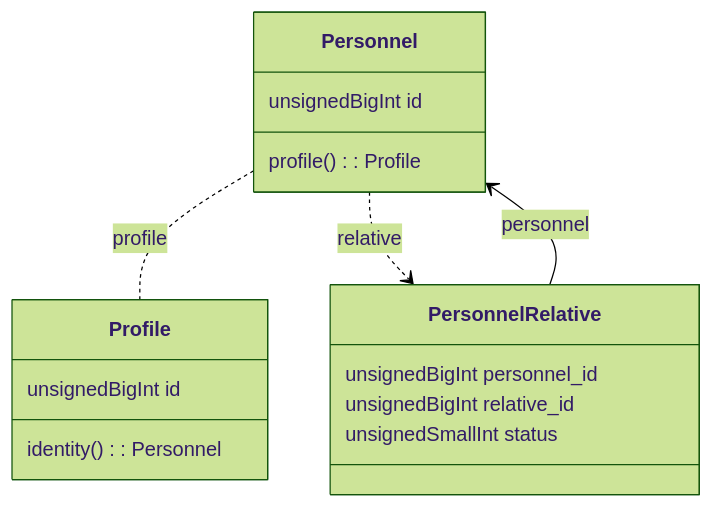
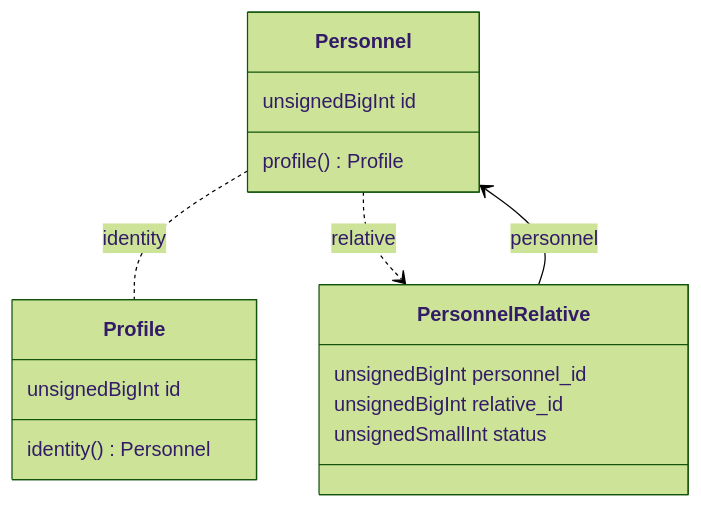
Before and after one commit to creasico/laravel-base: the fifth of 7 diagrams in database/README.md, drawn with Mermaid (forest theme). The commit also changed other lines of this file and 52 other files, not shown here.

````diff
--- a/database/README.md
+++ b/database/README.md
@@ -306,20 +310,20 @@
 ```mermaid
 classDiagram
-    Personnel .. Profile : profile
+    Personnel .. Profile : identity
     Personnel ..> PersonnelRelative : relative
     PersonnelRelative --> Personnel : personnel
 
     class Personnel {
         unsignedBigInt id
-        profile(): Profile
+        profile() Profile
     }
     class Profile {
         unsignedBigInt id
-        identity(): Personnel
+        identity() Personnel
     }
     class PersonnelRelative {
         unsignedBigInt personnel_id
         unsignedBigInt relative_id
         unsignedSmallInt status
     }
 ```
````
